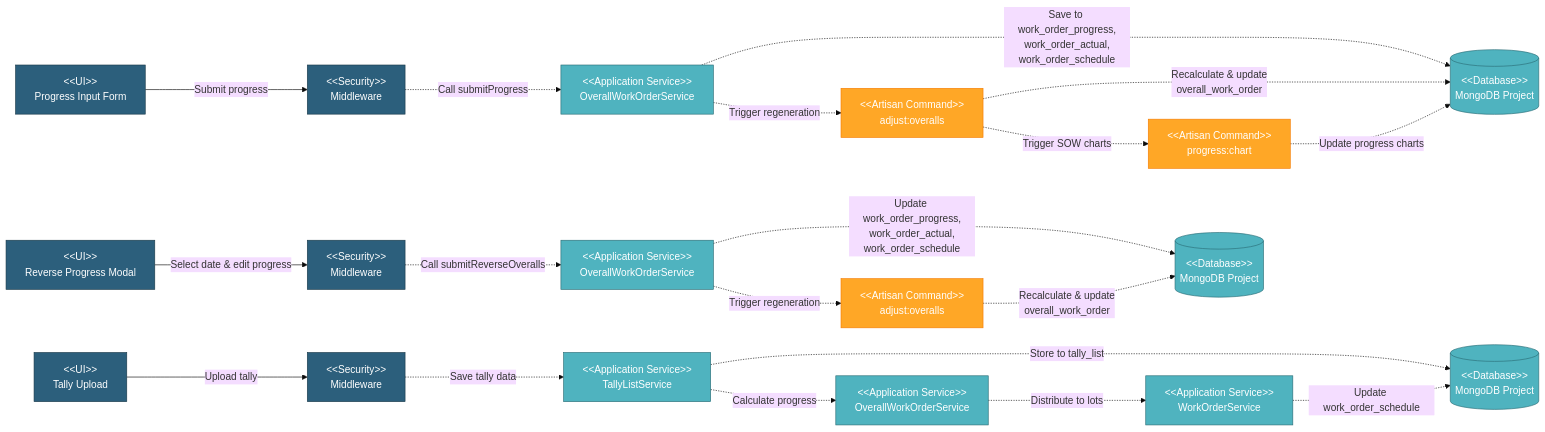
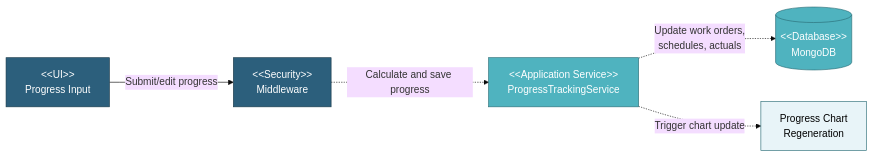
One commit to faizalmuzakki/pipeline-docs changed the diagram in docs/TDD/05-Component-Design/5.4-Work-Order-Module/5.4.2-Progress-Tracking.md. Above: the diagram before and after it, drawn with Mermaid (base theme). The commit also changed other lines of this file and 5 other files, not shown here.

Commit message:
feat: rework work order component design sections

````diff
--- a/docs/TDD/05-Component-Design/5.4-Work-Order-Module/5.4.2-Progress-Tracking.md
+++ b/docs/TDD/05-Component-Design/5.4-Work-Order-Module/5.4.2-Progress-Tracking.md
@@ -9,66 +9,19 @@
 ```mermaid
 graph LR
-    UI_PROGRESS["&lt;&lt;UI&gt;&gt;<br/>Progress Input Form"]
-    UI_REVERSE["&lt;&lt;UI&gt;&gt;<br/>Reverse Progress Modal"]
-    UI_TALLY["&lt;&lt;UI&gt;&gt;<br/>Tally Upload"]
+    UI_PROGRESS["&lt;&lt;UI&gt;&gt;<br/>Progress Input"]
+    SEC["&lt;&lt;Security&gt;&gt;<br/>Middleware"]
+    PROGRESS_SVC["&lt;&lt;Application Service&gt;&gt;<br/>ProgressTrackingService"]
+    DB[("&lt;&lt;Database&gt;&gt;<br/>MongoDB")]
+    CHART_REGEN["Progress Chart<br/>Regeneration"]
 
-    SEC1["&lt;&lt;Security&gt;&gt;<br/>Middleware"]
-    SEC2["&lt;&lt;Security&gt;&gt;<br/>Middleware"]
-    SEC3["&lt;&lt;Security&gt;&gt;<br/>Middleware"]
-
-    OVERALL_SVC1["&lt;&lt;Application Service&gt;&gt;<br/>OverallWorkOrderService"]
-    OVERALL_SVC2["&lt;&lt;Application Service&gt;&gt;<br/>OverallWorkOrderService"]
-    OVERALL_SVC3["&lt;&lt;Application Service&gt;&gt;<br/>OverallWorkOrderService"]
-    WO_SVC["&lt;&lt;Application Service&gt;&gt;<br/>WorkOrderService"]
-    TALLY_SVC["&lt;&lt;Application Service&gt;&gt;<br/>TallyListService"]
-
-    CMD_ADJUST1["&lt;&lt;Artisan Command&gt;&gt;<br/>adjust:overalls"]
-    CMD_ADJUST2["&lt;&lt;Artisan Command&gt;&gt;<br/>adjust:overalls"]
-    CMD_CHART["&lt;&lt;Artisan Command&gt;&gt;<br/>progress:chart"]
-
-    DB1[("&lt;&lt;Database&gt;&gt;<br/>MongoDB Project")]
-    DB2[("&lt;&lt;Database&gt;&gt;<br/>MongoDB Project")]
-    DB3[("&lt;&lt;Database&gt;&gt;<br/>MongoDB Project")]
-
-    %% Manual Progress Flow
-    UI_PROGRESS -->|Submit progress| SEC1
-    SEC1 -.->|Call submitProgress| OVERALL_SVC1
-    OVERALL_SVC1 -.->|Save to work_order_progress,<br/>work_order_actual,<br/>work_order_schedule| DB1
-    OVERALL_SVC1 -.->|Trigger regeneration| CMD_ADJUST1
-    CMD_ADJUST1 -.->|Recalculate & update<br/>overall_work_order| DB1
-    CMD_ADJUST1 -.->|Trigger SOW charts| CMD_CHART
-    CMD_CHART -.->|Update progress charts| DB1
-
-    %% Reverse Progress Flow
-    UI_REVERSE -->|Select date & edit progress| SEC2
-    SEC2 -.->|Call submitReverseOveralls| OVERALL_SVC2
-    OVERALL_SVC2 -.->|Update work_order_progress,<br/>work_order_actual,<br/>work_order_schedule| DB2
-    OVERALL_SVC2 -.->|Trigger regeneration| CMD_ADJUST2
-    CMD_ADJUST2 -.->|Recalculate & update<br/>overall_work_order| DB2
-
-    %% Tally Upload Flow
-    UI_TALLY -->|Upload tally| SEC3
-    SEC3 -.->|Save tally data| TALLY_SVC
-    TALLY_SVC -.->|Store to tally_list| DB3
-    TALLY_SVC -.->|Calculate progress| OVERALL_SVC3
-    OVERALL_SVC3 -.->|Distribute to lots| WO_SVC
-    WO_SVC -.->|Update work_order_schedule| DB3
+    UI_PROGRESS -->|Submit/edit progress| SEC
+    SEC -.->|Calculate and save progress| PROGRESS_SVC
+    PROGRESS_SVC -.->|Update work orders,<br/>schedules, actuals| DB
+    PROGRESS_SVC -.->|Trigger chart update| CHART_REGEN
 
     style UI_PROGRESS fill:#2C5F7C,stroke:#1a3a4a,color:#fff
-    style UI_REVERSE fill:#2C5F7C,stroke:#1a3a4a,color:#fff
-    style UI_TALLY fill:#2C5F7C,stroke:#1a3a4a,color:#fff
-    style SEC1 fill:#2C5F7C,stroke:#1a3a4a,color:#fff
-    style SEC2 fill:#2C5F7C,stroke:#1a3a4a,color:#fff
-    style SEC3 fill:#2C5F7C,stroke:#1a3a4a,color:#fff
-    style OVERALL_SVC1 fill:#4FB3BF,stroke:#2a6d76,color:#fff
-    style OVERALL_SVC2 fill:#4FB3BF,stroke:#2a6d76,color:#fff
-    style OVERALL_SVC3 fill:#4FB3BF,stroke:#2a6d76,color:#fff
-    style WO_SVC fill:#4FB3BF,stroke:#2a6d76,color:#fff
-    style TALLY_SVC fill:#4FB3BF,stroke:#2a6d76,color:#fff
-    style CMD_ADJUST1 fill:#FFA726,stroke:#f57c00,color:#fff
-    style CMD_ADJUST2 fill:#FFA726,stroke:#f57c00,color:#fff
-    style CMD_CHART fill:#FFA726,stroke:#f57c00,color:#fff
-    style DB1 fill:#4FB3BF,stroke:#2a6d76,color:#fff
-    style DB2 fill:#4FB3BF,stroke:#2a6d76,color:#fff
-    style DB3 fill:#4FB3BF,stroke:#2a6d76,color:#fff
+    style SEC fill:#2C5F7C,stroke:#1a3a4a,color:#fff
+    style PROGRESS_SVC fill:#4FB3BF,stroke:#2a6d76,color:#fff
+    style DB fill:#4FB3BF,stroke:#2a6d76,color:#fff
+    style CHART_REGEN fill:#E8F4F8,stroke:#2a6d76,color:#000
 ```
````
